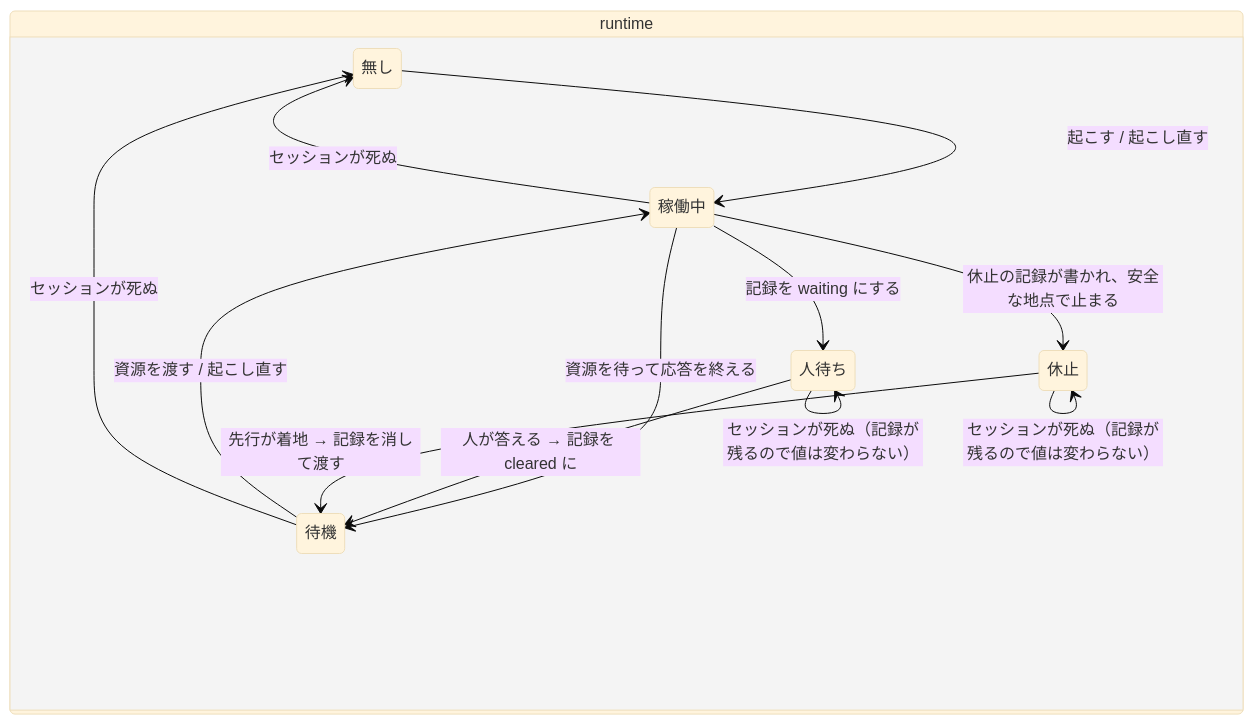
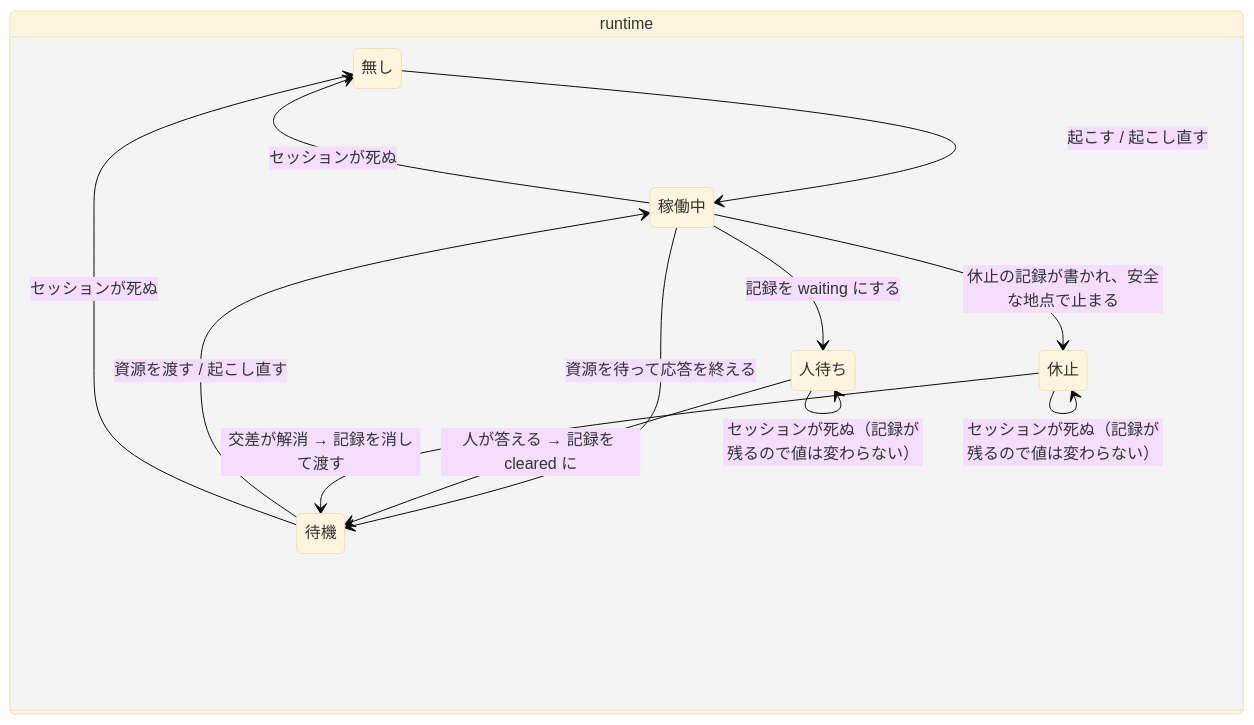
One commit to usagizmo/agentfiles changed the second of 4 diagrams in agents/docs/lifecycle.md. Above: the diagram before and after it, drawn with Mermaid (base theme). The commit also changed other lines of this file and 31 other files, not shown here.

````diff
--- a/agents/docs/lifecycle.md
+++ b/agents/docs/lifecycle.md
@@ -72,17 +73,17 @@
 ```mermaid
 stateDiagram-v2
     direction LR
     state "runtime" as R {
         無し --> 稼働中: 起こす / 起こし直す
         稼働中 --> 待機: 資源を待って応答を終える
         待機 --> 稼働中: 資源を渡す / 起こし直す
         稼働中 --> 人待ち: 記録を waiting にする
         人待ち --> 待機: 人が答える → 記録を cleared に
         人待ち --> 人待ち: セッションが死ぬ（記録が残るので値は変わらない）
         稼働中 --> 休止: 休止の記録が書かれ、安全な地点で止まる
-        休止 --> 待機: 先行が着地 → 記録を消して渡す
+        休止 --> 待機: 交差が解消 → 記録を消して渡す
         休止 --> 休止: セッションが死ぬ（記録が残るので値は変わらない）
         稼働中 --> 無し: セッションが死ぬ
         待機 --> 無し: セッションが死ぬ
     }
 ```
````
